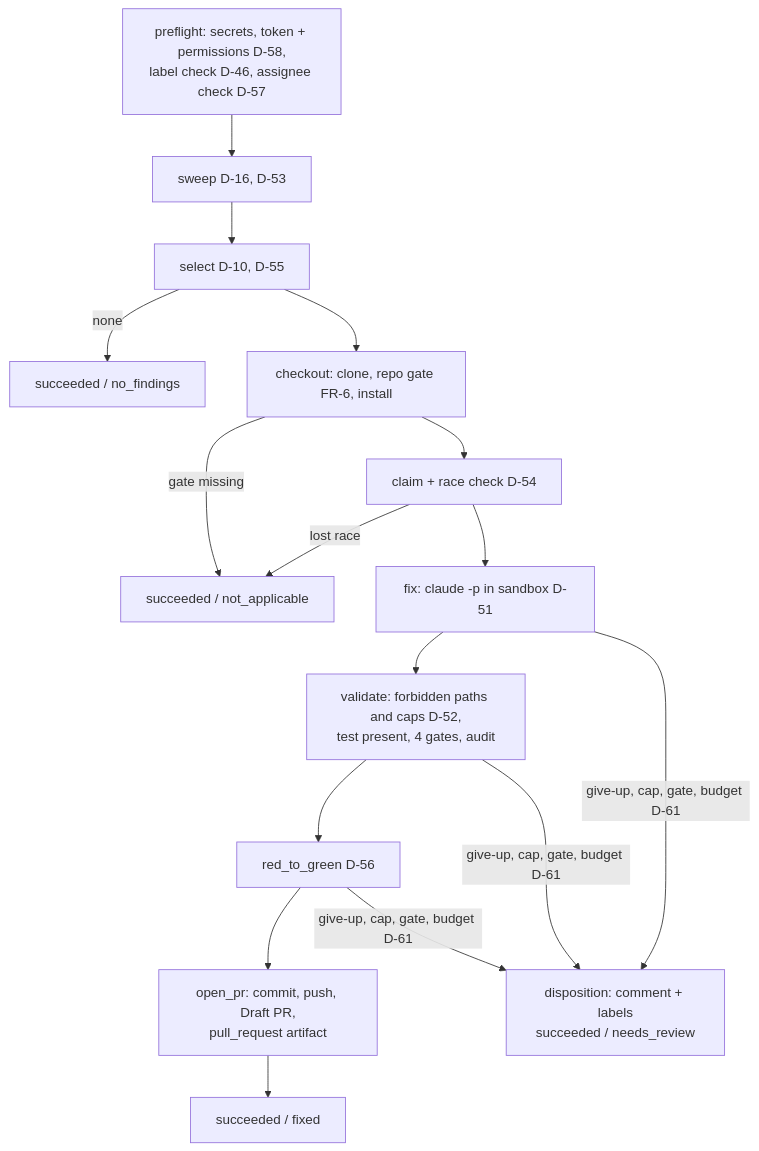
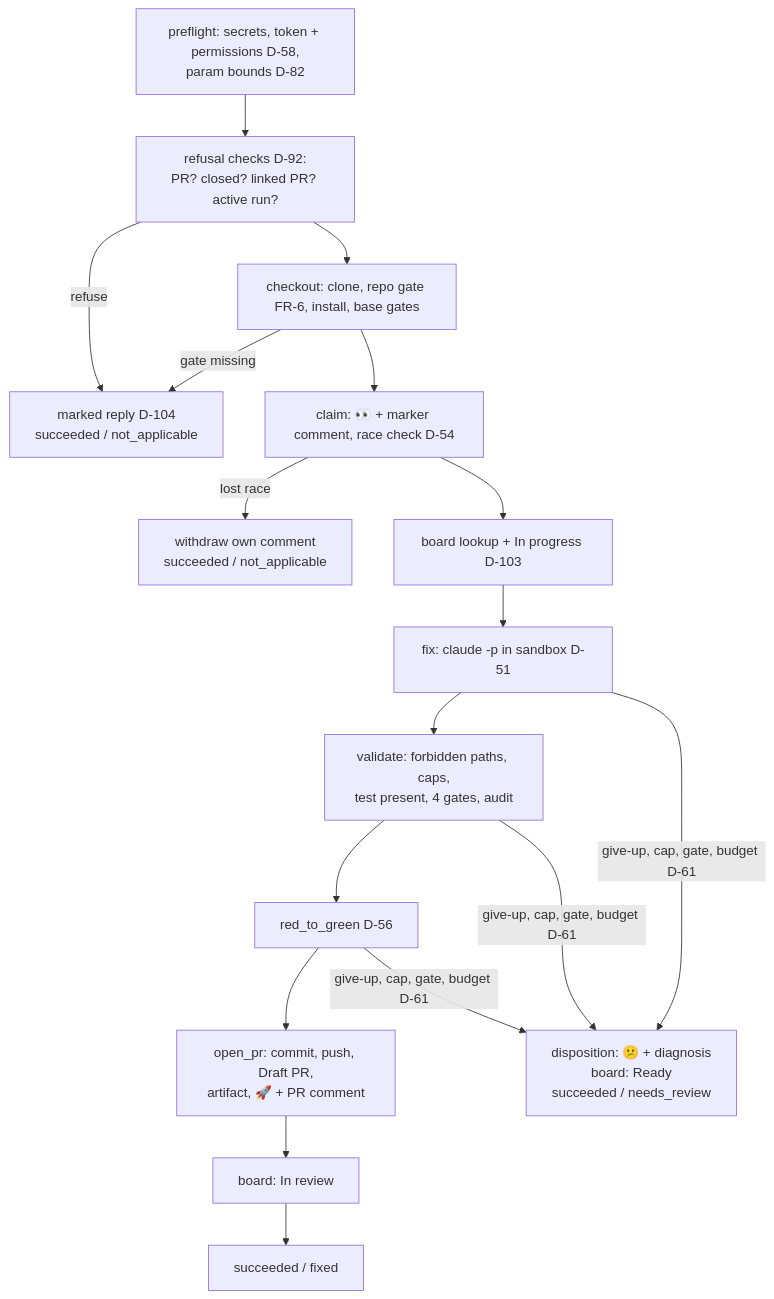
The second of 3 diagrams in workstream/specification-prd-bug-fix-agent.md (llipe/dev-tasks-agent-fleet), drawn with Mermaid before and after one commit. The commit also changed other lines of this file and 8 other files, not shown here.

First line of the commit message:
docs(bug-fix): PRD v2.0 issue mode - /bug-fix trigger, no labels, Projects board

````diff
--- a/workstream/specification-prd-bug-fix-agent.md
+++ b/workstream/specification-prd-bug-fix-agent.md
@@ -70,16 +82,17 @@
 ```mermaid
 flowchart TD
-    S0[preflight: secrets, token + permissions D-58,<br/>label check D-46, assignee check D-57] --> S1[sweep D-16, D-53]
-    S1 --> S2[select D-10, D-55]
-    S2 -- none --> NF[succeeded / no_findings]
-    S2 --> S3[checkout: clone, repo gate FR-6, install]
-    S3 -- gate missing --> NA[succeeded / not_applicable]
-    S3 --> S4[claim + race check D-54]
-    S4 -- lost race --> NA
-    S4 --> S5[fix: claude -p in sandbox D-51]
-    S5 --> S6[validate: forbidden paths and caps D-52,<br/>test present, 4 gates, audit]
+    S0["preflight: secrets, token + permissions D-58,<br/>param bounds D-82"] --> S1["refusal checks D-92:<br/>PR? closed? linked PR? active run?"]
+    S1 -- refuse --> RF["marked reply D-104<br/>succeeded / not_applicable"]
+    S1 --> S2["checkout: clone, repo gate FR-6, install, base gates"]
+    S2 -- gate missing --> RF
+    S2 --> S3["claim: 👀 + marker comment, race check D-54"]
+    S3 -- lost race --> RF2["withdraw own comment<br/>succeeded / not_applicable"]
+    S3 --> B1["board lookup + In progress D-103"]
+    B1 --> S5["fix: claude -p in sandbox D-51"]
+    S5 --> S6["validate: forbidden paths, caps,<br/>test present, 4 gates, audit"]
     S6 --> S7[red_to_green D-56]
-    S7 --> S8[open_pr: commit, push, Draft PR,<br/>pull_request artifact]
-    S8 --> OK[succeeded / fixed]
-    S5 & S6 & S7 -- give-up, cap, gate, budget D-61 --> DI[disposition: comment + labels<br/>succeeded / needs_review]
+    S7 --> S8["open_pr: commit, push, Draft PR,<br/>artifact, 🚀 + PR comment"]
+    S8 --> B2[board: In review]
+    B2 --> OK[succeeded / fixed]
+    S5 & S6 & S7 -- give-up, cap, gate, budget D-61 --> DI["disposition: 😕 + diagnosis<br/>board: Ready<br/>succeeded / needs_review"]
 ```
````
